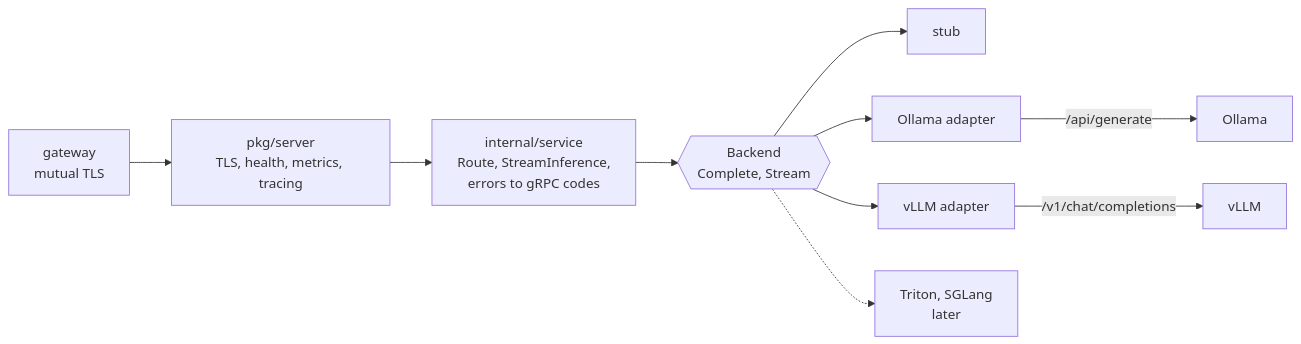
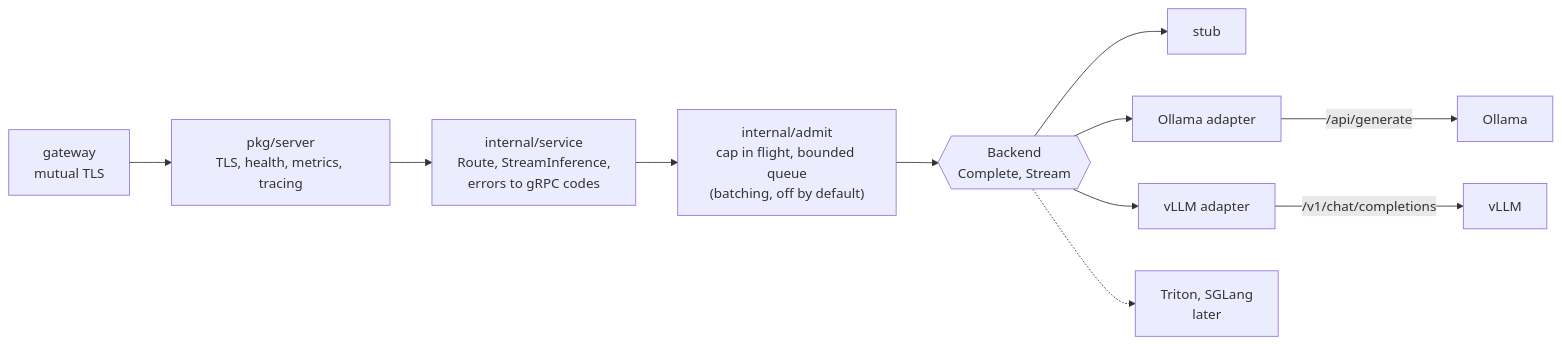
Before and after one commit to kokou-egbewatt/NeuroMesh: the diagram in services/runtime/README.md, drawn with Mermaid. The commit also changed other lines of this file and 4 other files, not shown here.

Commit message:
Docs for the backend cap

````diff
--- a/services/runtime/README.md
+++ b/services/runtime/README.md
@@ -11,10 +11,11 @@
 ```mermaid
 flowchart LR
     caller["gateway<br/>mutual TLS"] --> server["pkg/server<br/>TLS, health, metrics, tracing"]
     server --> service["internal/service<br/>Route, StreamInference,<br/>errors to gRPC codes"]
-    service --> iface{{"Backend<br/>Complete, Stream"}}
+    service --> admit["internal/admit<br/>cap in flight, bounded queue<br/>(batching, off by default)"]
+    admit --> iface{{"Backend<br/>Complete, Stream"}}
     iface --> stub["stub"]
     iface --> ollama["Ollama adapter"] -->|"/api/generate"| ext["Ollama"]
     iface --> vllm["vLLM adapter"] -->|"/v1/chat/completions"| ext2["vLLM"]
     iface -.-> later["Triton, SGLang<br/>later"]
 ```
````
